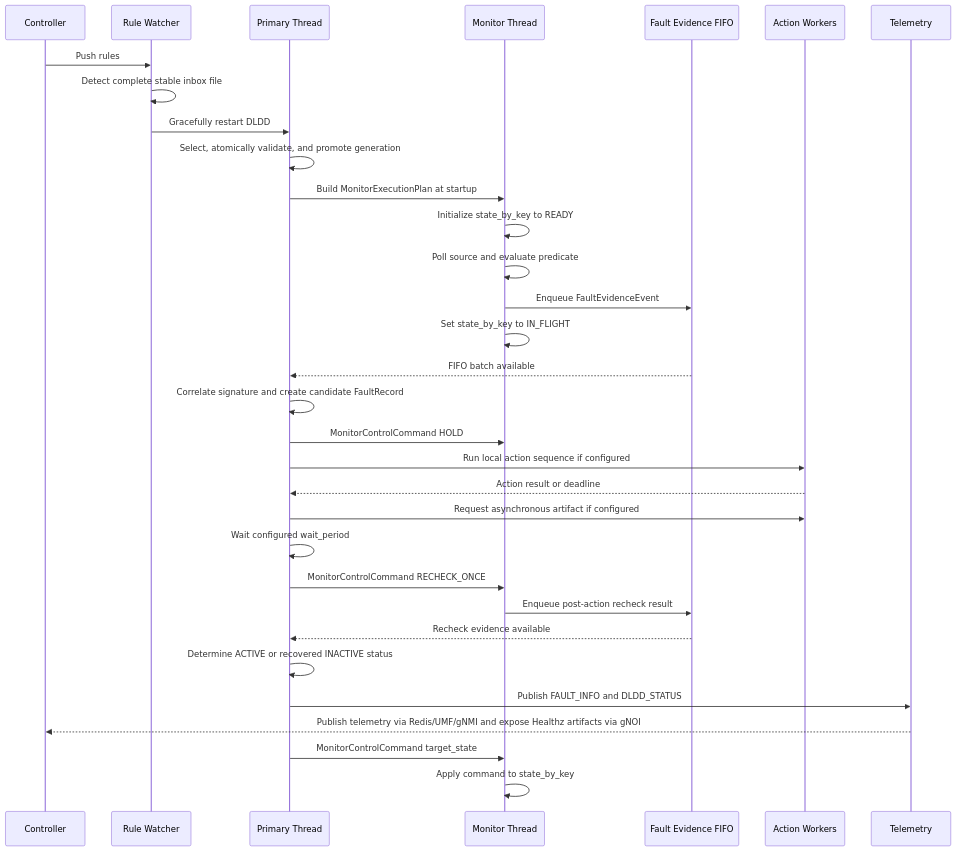
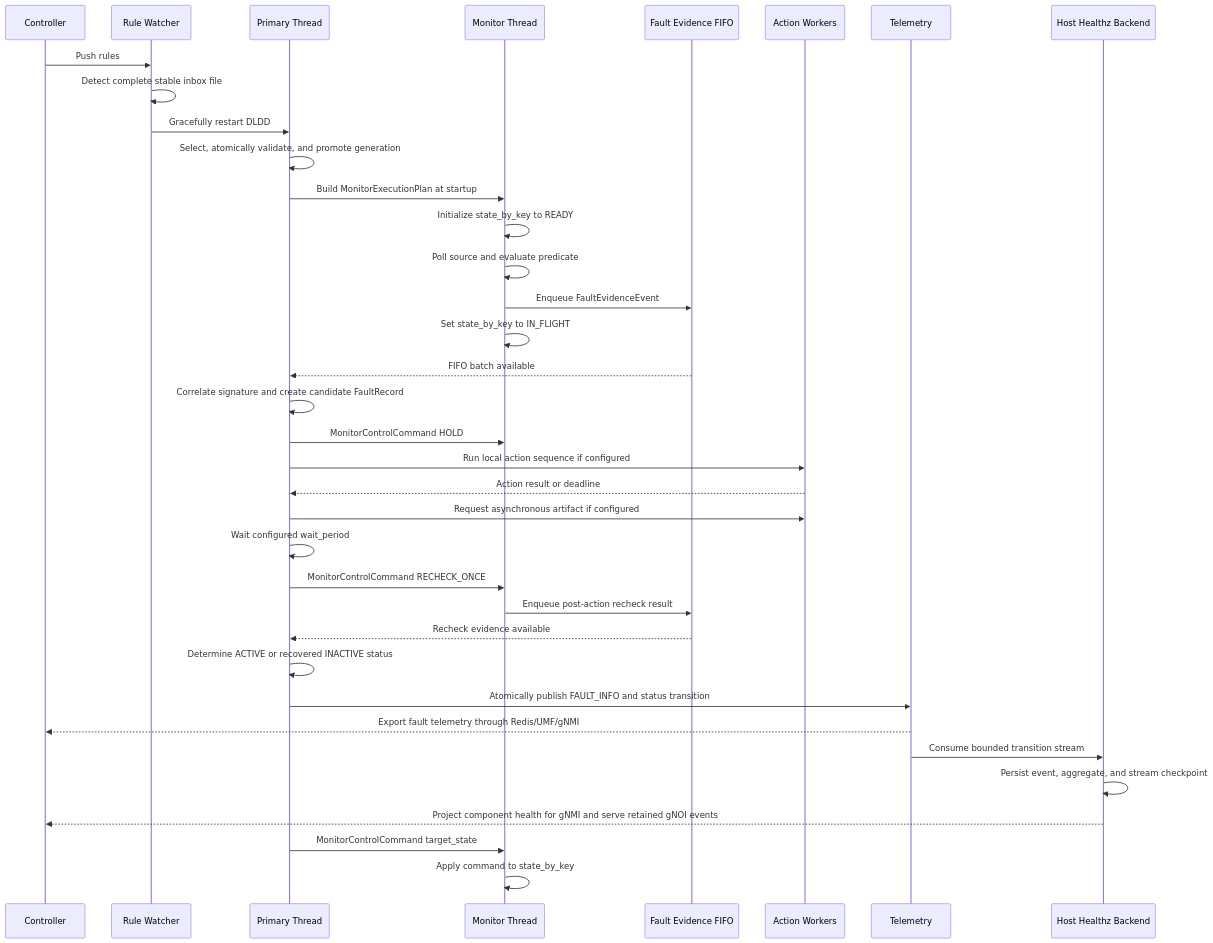
Before and after one commit to gregoryboudreau/SONiC: the second of 2 diagrams in doc/device_local_diagnosis/device-local-diagnosis-daemon.md, drawn with Mermaid. The commit also changed other lines of this file and 1 other file, not shown here.

Commit message:
Document DLDD and gNOI Healthz event ownership

````diff
--- a/doc/device_local_diagnosis/device-local-diagnosis-daemon.md
+++ b/doc/device_local_diagnosis/device-local-diagnosis-daemon.md
@@ -190,35 +195,39 @@
 ```mermaid
 sequenceDiagram
   participant C as Controller
   participant W as Rule Watcher
   participant P as Primary Thread
   participant M as Monitor Thread
   participant Q as Fault Evidence FIFO
   participant A as Action Workers
   participant T as Telemetry
+  participant H as Host Healthz Backend
 
   C->>W: Push rules
   W->>W: Detect complete stable inbox file
   W->>P: Gracefully restart DLDD
   P->>P: Select, atomically validate, and promote generation
   P->>M: Build MonitorExecutionPlan at startup
   M->>M: Initialize state_by_key to READY
   M->>M: Poll source and evaluate predicate
   M->>Q: Enqueue FaultEvidenceEvent
   M->>M: Set state_by_key to IN_FLIGHT
   Q-->>P: FIFO batch available
   P->>P: Correlate signature and create candidate FaultRecord
   P->>M: MonitorControlCommand HOLD
   P->>A: Run local action sequence if configured
   A-->>P: Action result or deadline
   P->>A: Request asynchronous artifact if configured
   P->>P: Wait configured wait_period
   P->>M: MonitorControlCommand RECHECK_ONCE
   M->>Q: Enqueue post-action recheck result
   Q-->>P: Recheck evidence available
   P->>P: Determine ACTIVE or recovered INACTIVE status
-  P->>T: Publish FAULT_INFO and DLDD_STATUS
-  T-->>C: Publish telemetry via Redis/UMF/gNMI and expose Healthz artifacts via gNOI
+  P->>T: Atomically publish FAULT_INFO and status transition
+  T-->>C: Export fault telemetry through Redis/UMF/gNMI
+  T->>H: Consume bounded transition stream
+  H->>H: Persist event, aggregate, and stream checkpoint
+  H-->>C: Project component health for gNMI and serve retained gNOI events
   P->>M: MonitorControlCommand target_state
   M->>M: Apply command to state_by_key
 ```
````
